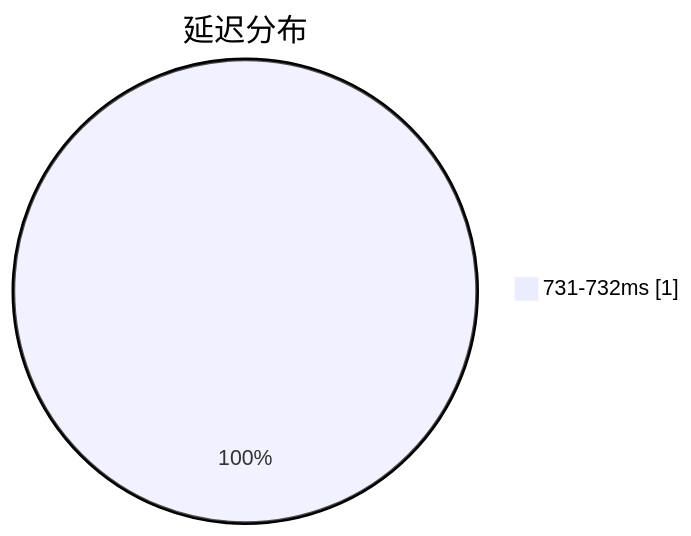
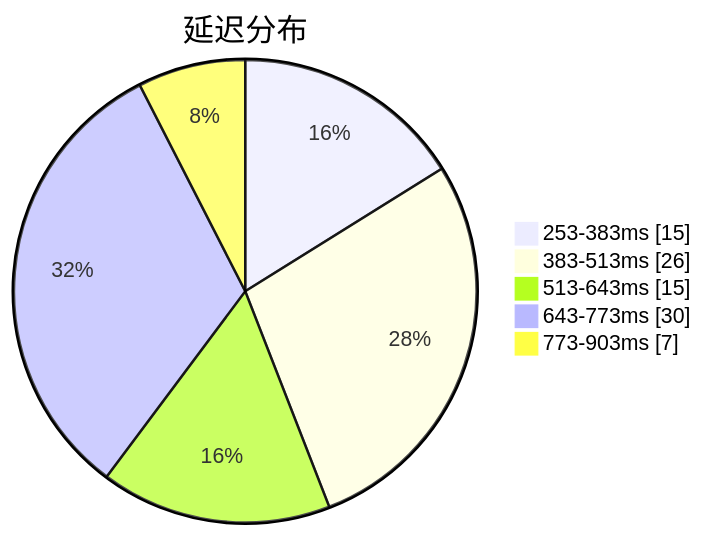
The first of 3 diagrams in subs/statistics/tested_within.md (sinspired/airport), drawn with Mermaid before and after one commit. The commit also changed other lines of this file and 2 other files, not shown here.

````diff
--- a/subs/statistics/tested_within.md
+++ b/subs/statistics/tested_within.md
@@ -2,5 +2,9 @@
 ```mermaid
 pie showData
 title 延迟分布
-"731-732ms" : 1
+"253-383ms" : 15
+"383-513ms" : 26
+"513-643ms" : 15
+"643-773ms" : 30
+"773-903ms" : 7
 ```
````
